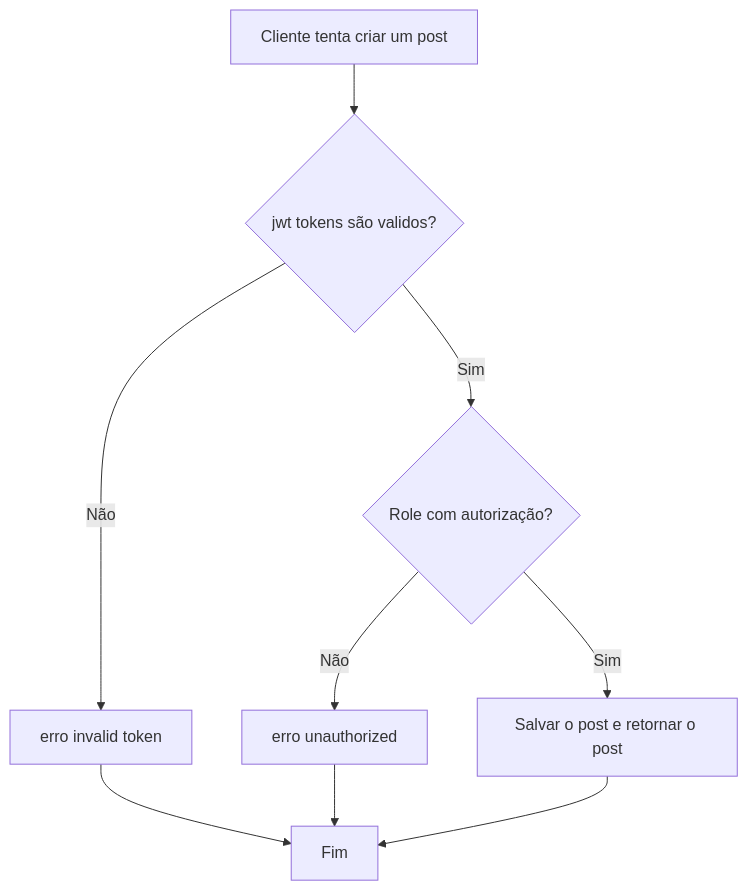
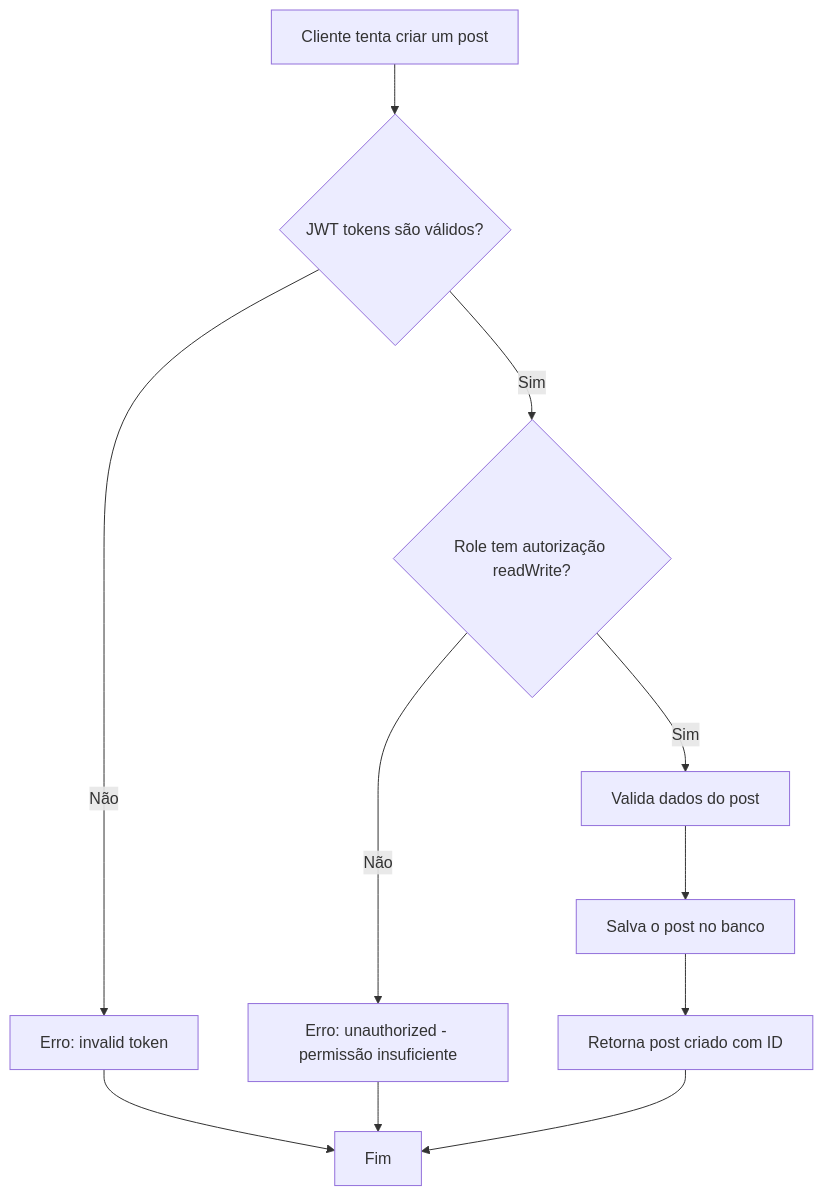
One commit to GabrHenr/BackEnd-TechPostSystem changed the seventh of 9 diagrams in readme.md. Above: the diagram before and after it, drawn with Mermaid. The commit also changed other lines of this file and 6 other files, not shown here.

````diff
--- a/readme.md
+++ b/readme.md
@@ -191,11 +308,13 @@
 ```mermaid
 flowchart TD
-    A[Cliente tenta criar um post] --> B{jwt tokens são validos?}
-    B -->|Sim| C{Role com autorização?}
-    B -->|Não| D[erro invalid token]
-    C -->|Sim| E[Salvar o post e retornar o post]
-    C -->|Não| F[erro unauthorized]
+    A[Cliente tenta criar um post] --> B{JWT tokens são válidos?}
+    B -->|Sim| C{Role tem autorização readWrite?}
+    B -->|Não| D[Erro: invalid token]
+    C -->|Sim| E[Valida dados do post]
+    C -->|Não| F[Erro: unauthorized - permissão insuficiente]
+    E --> H[Salva o post no banco]
+    H --> I[Retorna post criado com ID]
     D --> G[Fim]
     F --> G
-    E --> G
+    I --> G
 ```
````
